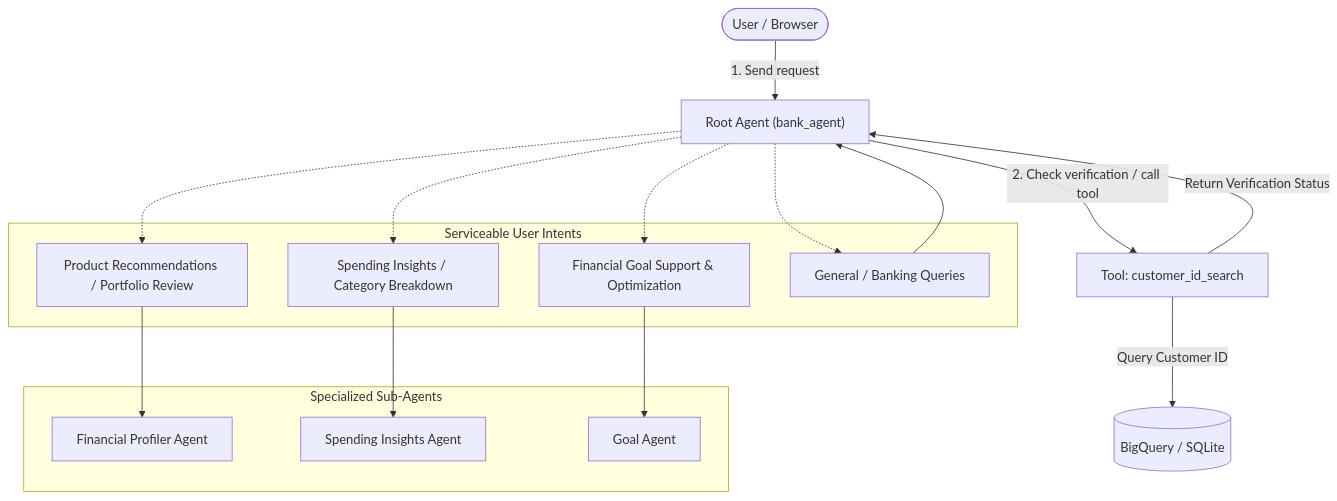
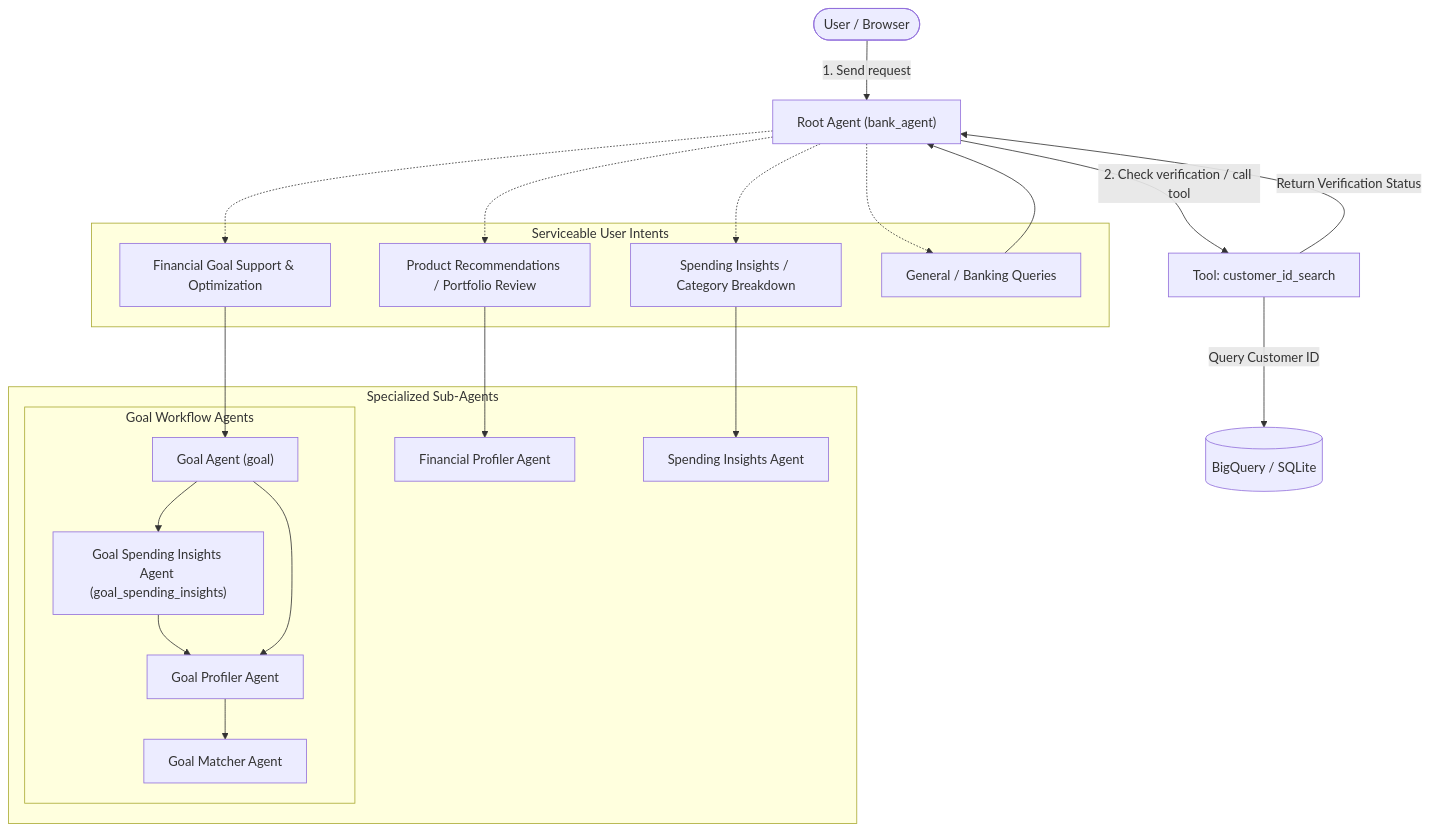
The first of 4 diagrams in README.md (TheOneTrueSahil/EDB-Hackathon-Starter), drawn with Mermaid before and after one commit. The commit also changed other lines of this file and 4 other files, not shown here.

Commit message:
refine goal agent flow

````diff
--- a/README.md
+++ b/README.md
@@ -13,36 +13,48 @@
 ```mermaid
 flowchart TD
     User(["User / Browser"])
     RootAgent["Root Agent (bank_agent)"]
     T1["Tool: customer_id_search"]
     BQ[("BigQuery / SQLite")]
 
     subgraph ServiceableIntents["Serviceable User Intents"]
         RecsIntent["Product Recommendations / Portfolio Review"]
         InsightsIntent["Spending Insights / Category Breakdown"]
         GoalsIntent["Financial Goal Support & Optimization"]
         GeneralIntent["General / Banking Queries"]
     end
 
     subgraph SubAgents["Specialized Sub-Agents"]
         Profiler["Financial Profiler Agent"]
         Spending["Spending Insights Agent"]
-        Goal["Goal Agent"]
+
+        subgraph GoalOrchestrator["Goal Workflow Agents"]
+            Goal["Goal Agent (goal)"]
+            GoalSpending["Goal Spending Insights Agent (goal_spending_insights)"]
+            GoalProfiler["Goal Profiler Agent"]
+            GoalMatcher["Goal Matcher Agent"]
+        end
     end
 
     User -- "1. Send request" --> RootAgent
     RootAgent -- "2. Check verification / call tool" --> T1
     T1 -- "Query Customer ID" --> BQ
     T1 -- "Return Verification Status" --> RootAgent
 
     %% Intent Routing
     RootAgent -.-> RecsIntent
     RootAgent -.-> InsightsIntent
     RootAgent -.-> GoalsIntent
     RootAgent -.-> GeneralIntent
 
     RecsIntent --> Profiler
     InsightsIntent --> Spending
     GoalsIntent --> Goal
     GeneralIntent --> RootAgent
+
+    %% Goal Sub-agent Routing
+    Goal --> GoalSpending
+    GoalSpending --> GoalProfiler
+    Goal --> GoalProfiler
+    GoalProfiler --> GoalMatcher
 ```
````
